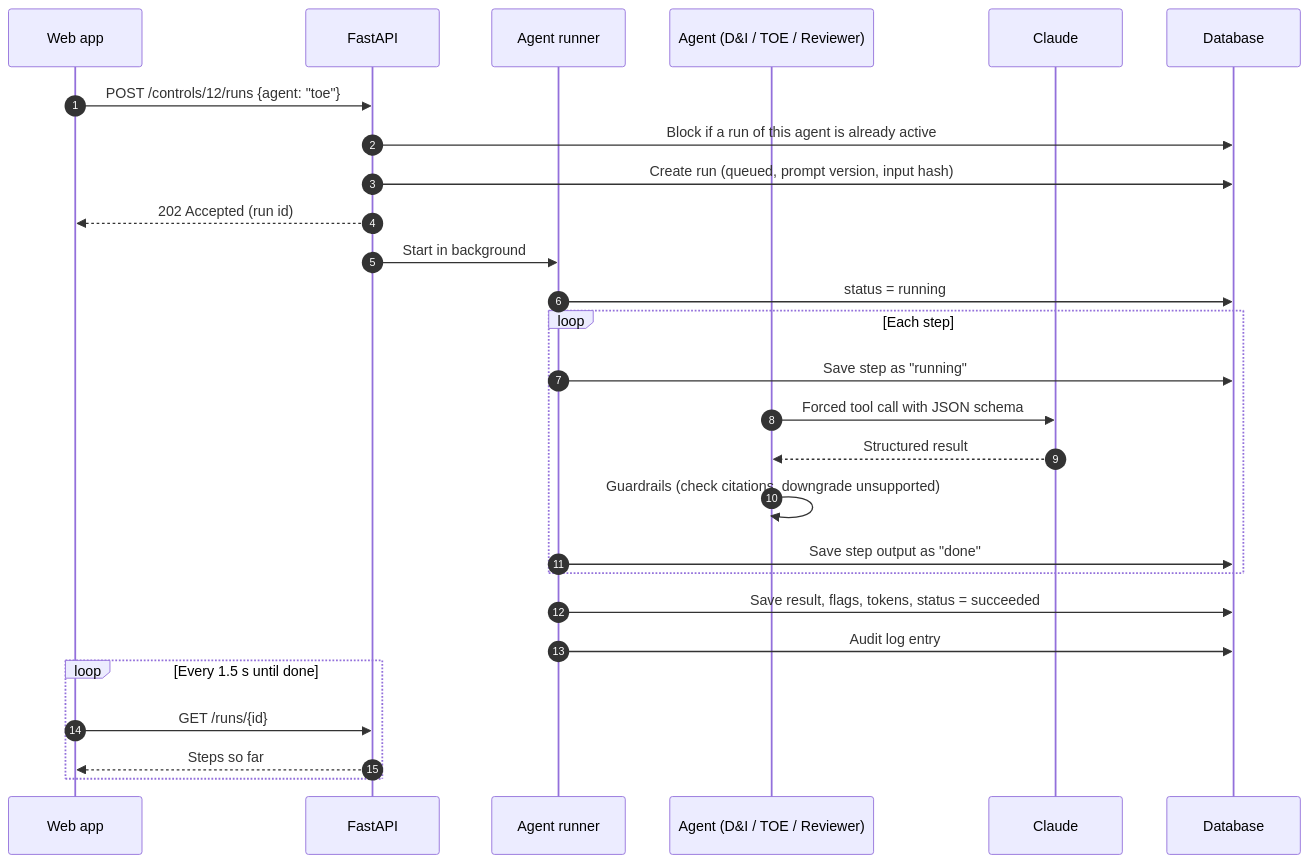
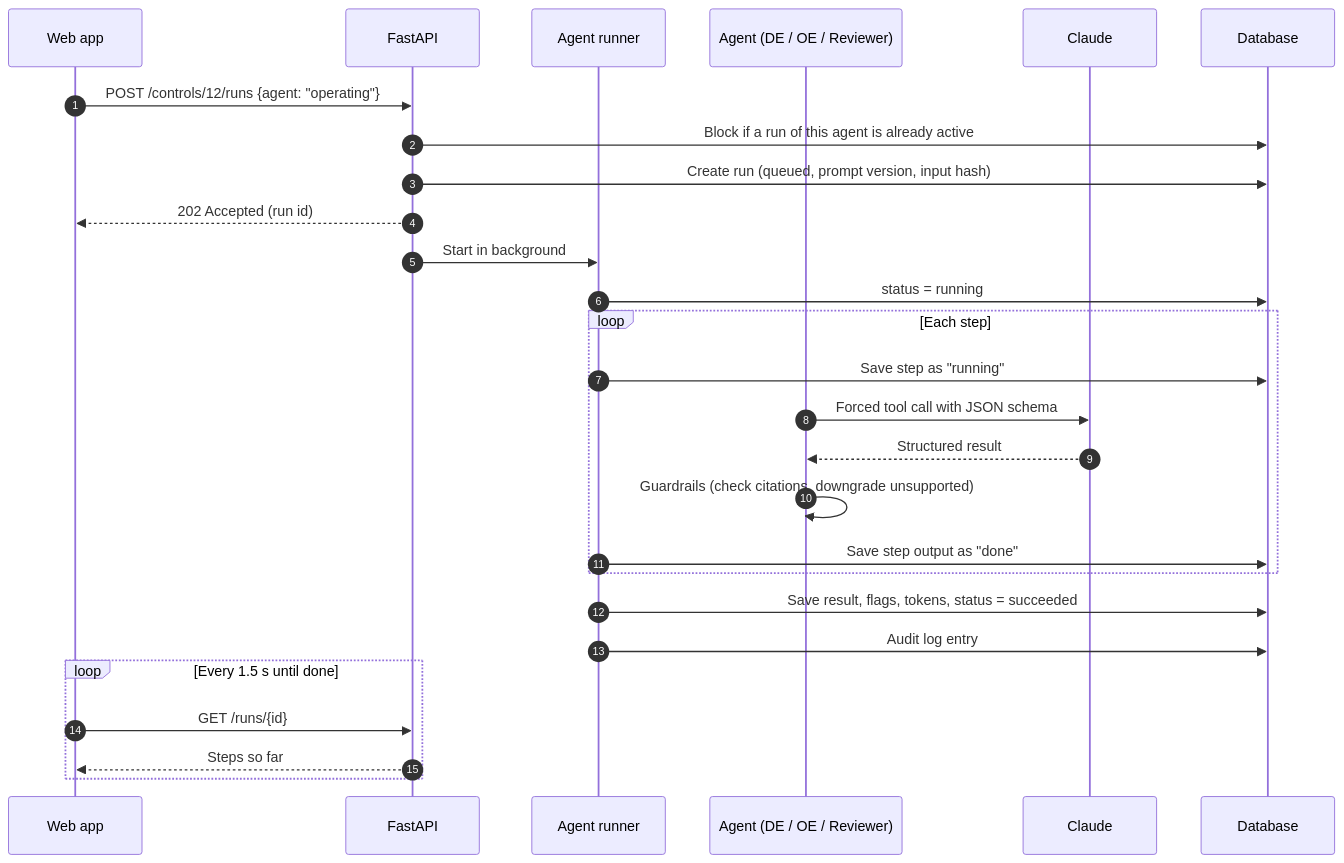
Before and after one commit to Shiripatel/controllens: the third of 5 diagrams in docs/ARCHITECTURE.md, drawn with Mermaid. The commit also changed other lines of this file and 29 other files, not shown here.

First line of the commit message:
Rename D&I/TOE to standard Design Effectiveness (DE) and Operating Effectiveness (OE)

````diff
--- a/docs/ARCHITECTURE.md
+++ b/docs/ARCHITECTURE.md
@@ -133,30 +133,30 @@
 ```mermaid
 sequenceDiagram
     autonumber
     participant UI as Web app
     participant API as FastAPI
     participant RUN as Agent runner
-    participant AG as Agent (D&I / TOE / Reviewer)
+    participant AG as Agent (DE / OE / Reviewer)
     participant LLM as Claude
     participant DB as Database
 
-    UI->>API: POST /controls/12/runs {agent: "toe"}
+    UI->>API: POST /controls/12/runs {agent: "operating"}
     API->>DB: Block if a run of this agent is already active
     API->>DB: Create run (queued, prompt version, input hash)
     API-->>UI: 202 Accepted (run id)
     API->>RUN: Start in background
     RUN->>DB: status = running
     loop Each step
         RUN->>DB: Save step as "running"
         AG->>LLM: Forced tool call with JSON schema
         LLM-->>AG: Structured result
         AG->>AG: Guardrails (check citations, downgrade unsupported)
         RUN->>DB: Save step output as "done"
     end
     RUN->>DB: Save result, flags, tokens, status = succeeded
     RUN->>DB: Audit log entry
     loop Every 1.5 s until done
         UI->>API: GET /runs/{id}
         API-->>UI: Steps so far
     end
 ```
````
